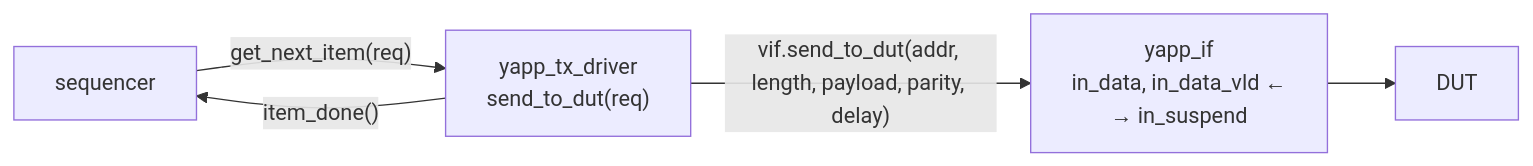
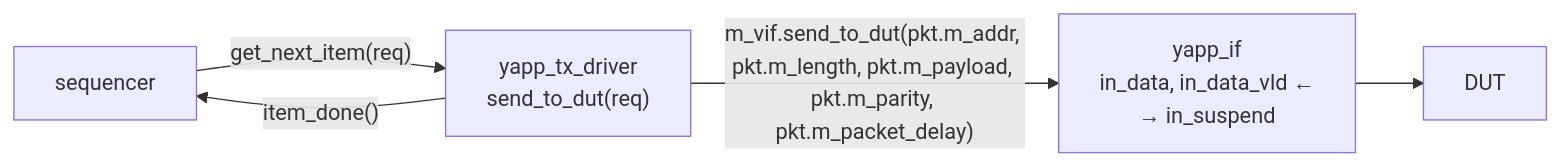
Before and after one commit to tamirgabgab/Qcom-Mentoring: the diagram in docs/components/driver.md, drawn with Mermaid. The commit also changed 83 other files, not shown here.

First line of the commit message:
Site diagrams use the code's variable names

````diff
--- a/docs/components/driver.md
+++ b/docs/components/driver.md
@@ -10,7 +10,7 @@
 ```mermaid
 flowchart LR
     SQR["sequencer"] -->|"get_next_item(req)"| DRV["yapp_tx_driver<br/>send_to_dut(req)"]
     DRV -->|"item_done()"| SQR
-    DRV -->|"vif.send_to_dut(addr, length, payload, parity, delay)"| IF["yapp_if<br/>in_data, in_data_vld ← <br/>→ in_suspend"]
+    DRV -->|"m_vif.send_to_dut(pkt.m_addr, pkt.m_length, pkt.m_payload, pkt.m_parity, pkt.m_packet_delay)"| IF["yapp_if<br/>in_data, in_data_vld ← <br/>→ in_suspend"]
     IF --> DUT
 ```
````
